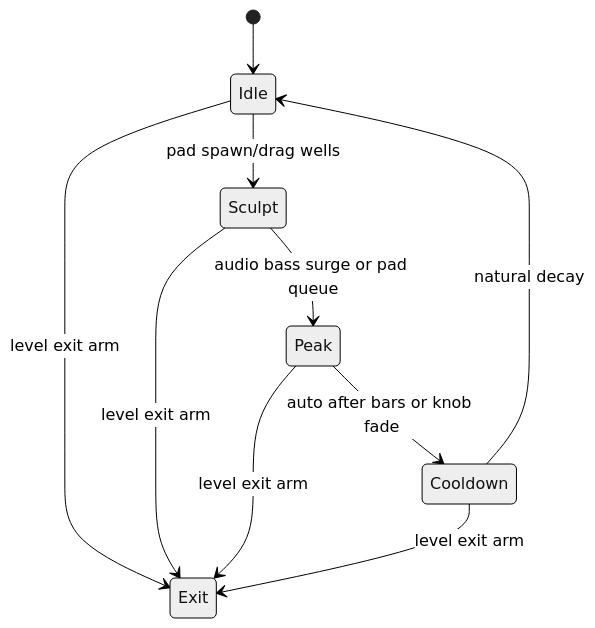
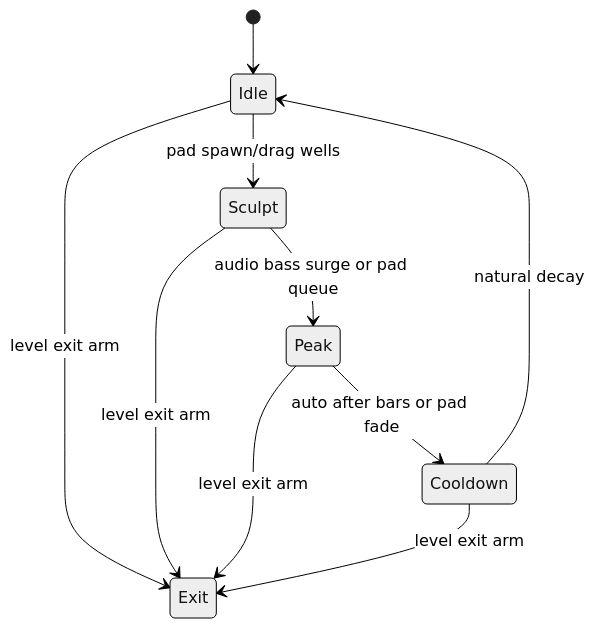
Before and after one commit to abossard/synesthesia-visuals: the first of 15 diagrams in docs/processing-syphon-idea-board.md, drawn with Mermaid (neutral theme). The commit also changed other lines of this file and 1 other file, not shown here.

````diff
--- a/docs/processing-syphon-idea-board.md
+++ b/docs/processing-syphon-idea-board.md
@@ -47,12 +48,12 @@
   ```mermaid
   stateDiagram-v2
     [*] --> Idle
     Idle --> Sculpt : pad spawn/drag wells
     Sculpt --> Peak : audio bass surge or pad queue
-    Peak --> Cooldown : auto after bars or knob fade
+    Peak --> Cooldown : auto after bars or pad fade
     Cooldown --> Idle : natural decay
     Idle --> Exit : level exit arm
     Sculpt --> Exit : level exit arm
     Peak --> Exit : level exit arm
     Cooldown --> Exit : level exit arm
   ```
````
